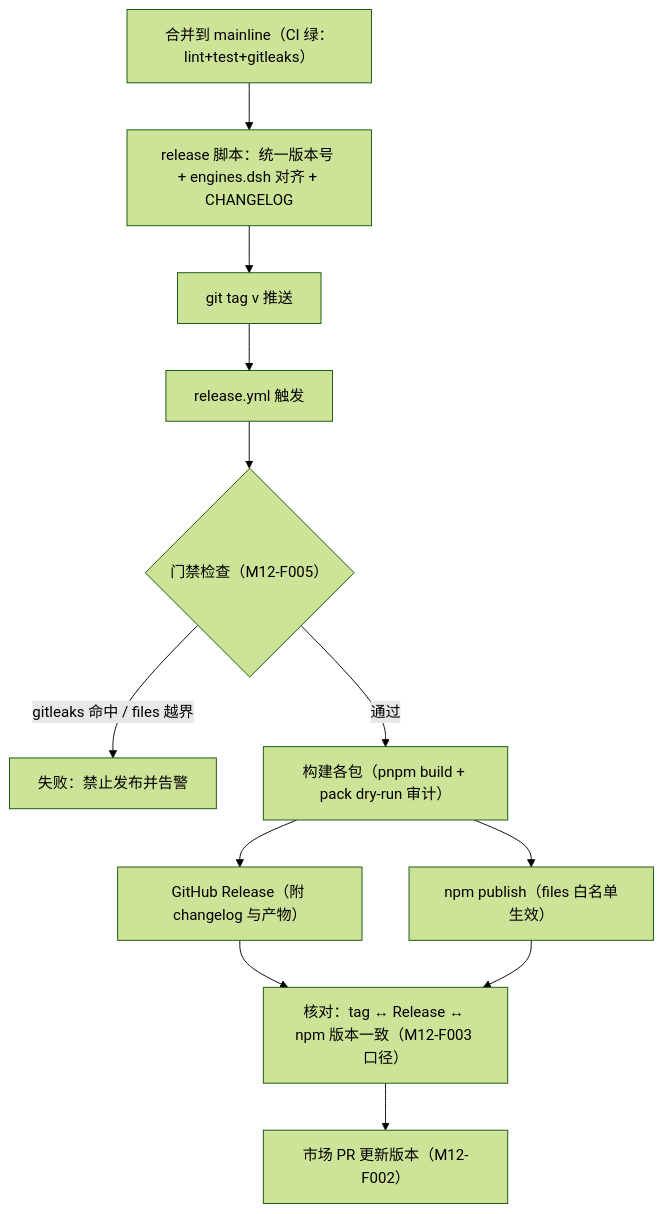
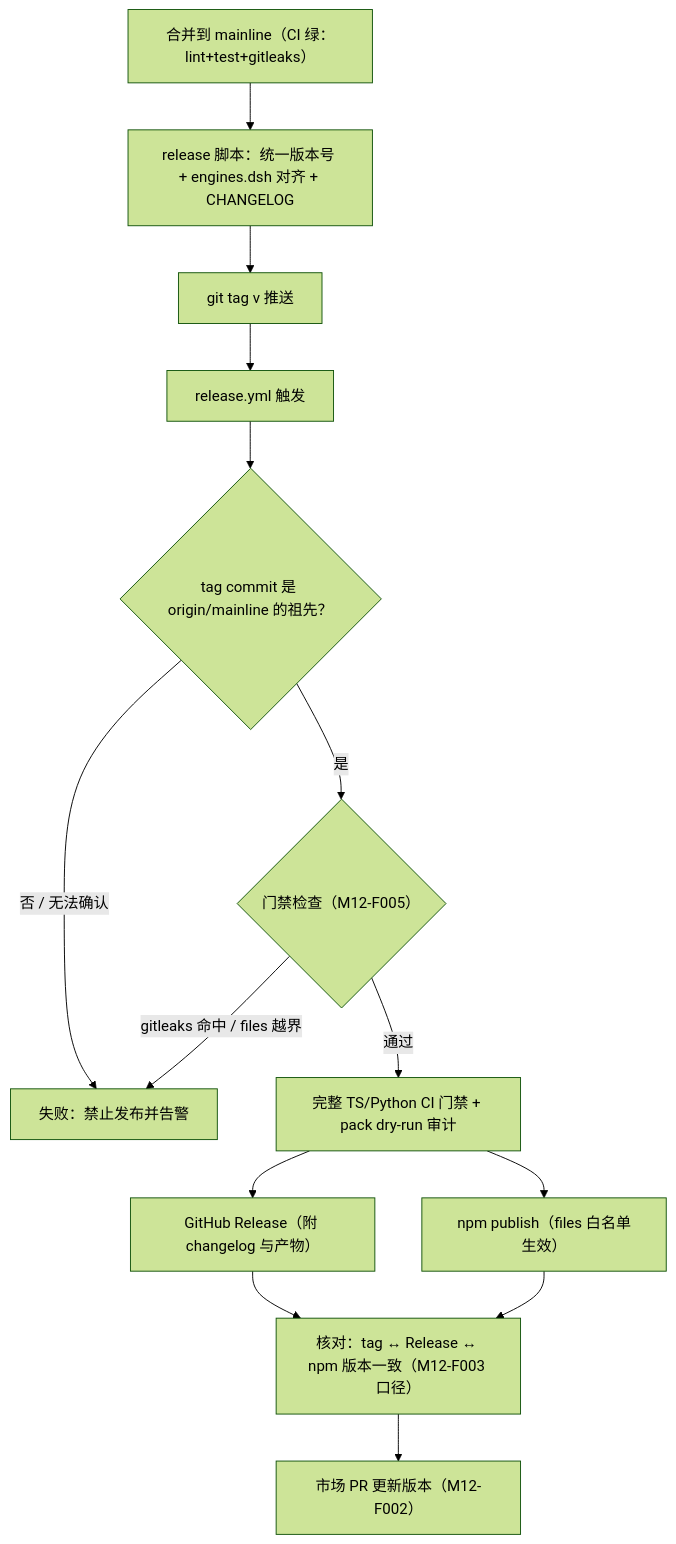
Before and after one commit to yin52133/dsh-luban: the first of 2 diagrams in design/03-modules/M12-market-release.md, drawn with Mermaid (forest theme). The commit also changed other lines of this file and 3 other files, not shown here.

````diff
--- a/design/03-modules/M12-market-release.md
+++ b/design/03-modules/M12-market-release.md
@@ -37,13 +38,15 @@
 ```mermaid
 flowchart TD
     A["合并到 mainline（CI 绿：lint+test+gitleaks）"] --> B["release 脚本：统一版本号 + engines.dsh 对齐 + CHANGELOG"]
     B --> C["git tag v<semver> 推送"]
     C --> D["release.yml 触发"]
-    D --> E{"门禁检查（M12-F005）"}
+    D --> D1{"tag commit 是 origin/mainline 的祖先？"}
+    D1 -- "否 / 无法确认" --> X
+    D1 -- 是 --> E{"门禁检查（M12-F005）"}
     E -- "gitleaks 命中 / files 越界" --> X["失败：禁止发布并告警"]
-    E -- 通过 --> F["构建各包（pnpm build + pack dry-run 审计）"]
+    E -- 通过 --> F["完整 TS/Python CI 门禁 + pack dry-run 审计"]
     F --> G["GitHub Release（附 changelog 与产物）"]
     F --> H["npm publish（files 白名单生效）"]
     G & H --> I["核对：tag ↔ Release ↔ npm 版本一致（M12-F003 口径）"]
     I --> J["市场 PR 更新版本（M12-F002）"]
 ```
````
